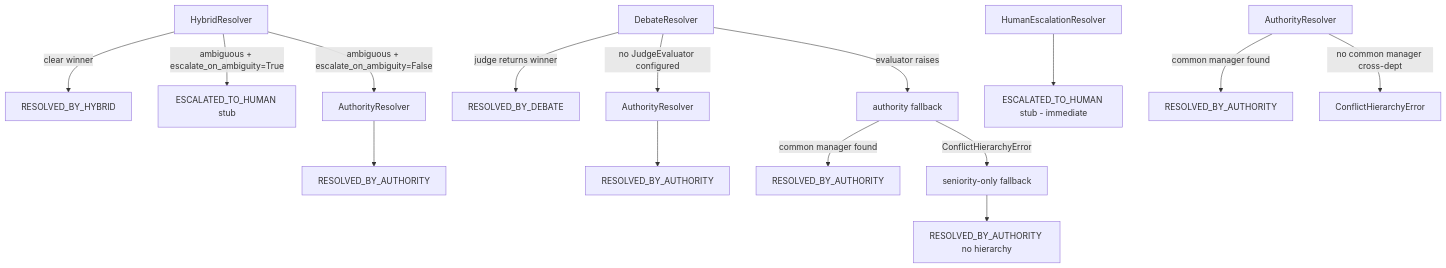
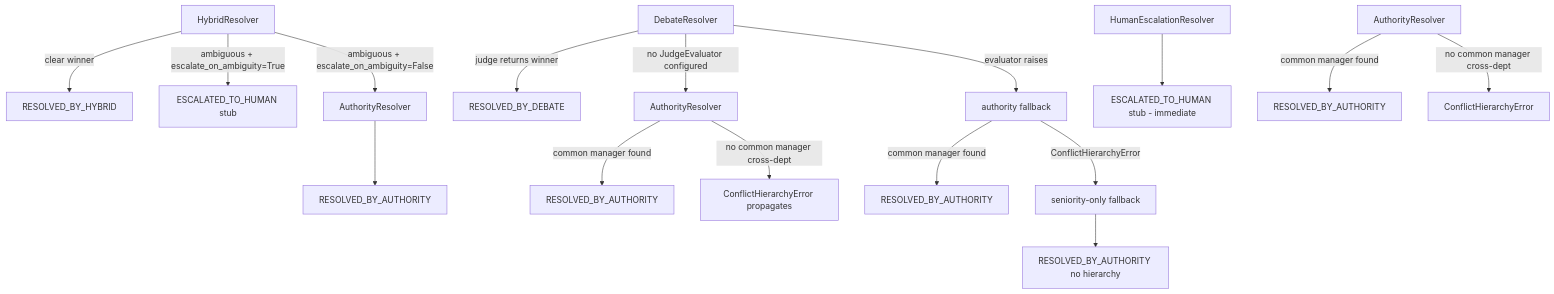
The diagram in docs/research/multi-agent-failure-audit.md (Aureliolo/ai-company), drawn with Mermaid before and after one commit. The commit also changed 3 other files, not shown here.

````diff
--- a/docs/research/multi-agent-failure-audit.md
+++ b/docs/research/multi-agent-failure-audit.md
@@ -175,23 +175,24 @@
 ```mermaid
 flowchart TD
     HR[HybridResolver]
     HR -->|clear winner| RH[RESOLVED_BY_HYBRID]
     HR -->|ambiguous + escalate_on_ambiguity=True| EH1[ESCALATED_TO_HUMAN stub]
     HR -->|ambiguous + escalate_on_ambiguity=False| AR1[AuthorityResolver]
     AR1 --> RA1[RESOLVED_BY_AUTHORITY]
 
     DR[DebateResolver]
     DR -->|judge returns winner| RD[RESOLVED_BY_DEBATE]
     DR -->|no JudgeEvaluator configured| AR2[AuthorityResolver]
     DR -->|evaluator raises| AFB[authority fallback]
-    AR2 --> RA2[RESOLVED_BY_AUTHORITY]
+    AR2 -->|common manager found| RA2[RESOLVED_BY_AUTHORITY]
+    AR2 -->|no common manager cross-dept| CHE2[ConflictHierarchyError propagates]
     AFB -->|common manager found| RA4[RESOLVED_BY_AUTHORITY]
     AFB -->|ConflictHierarchyError| SF[seniority-only fallback]
     SF --> RA5[RESOLVED_BY_AUTHORITY no hierarchy]
 
     HE[HumanEscalationResolver] --> EH2[ESCALATED_TO_HUMAN stub - immediate]
 
     AR[AuthorityResolver]
     AR -->|common manager found| RA3[RESOLVED_BY_AUTHORITY]
     AR -->|no common manager cross-dept| CHE[ConflictHierarchyError]
 ```
````
